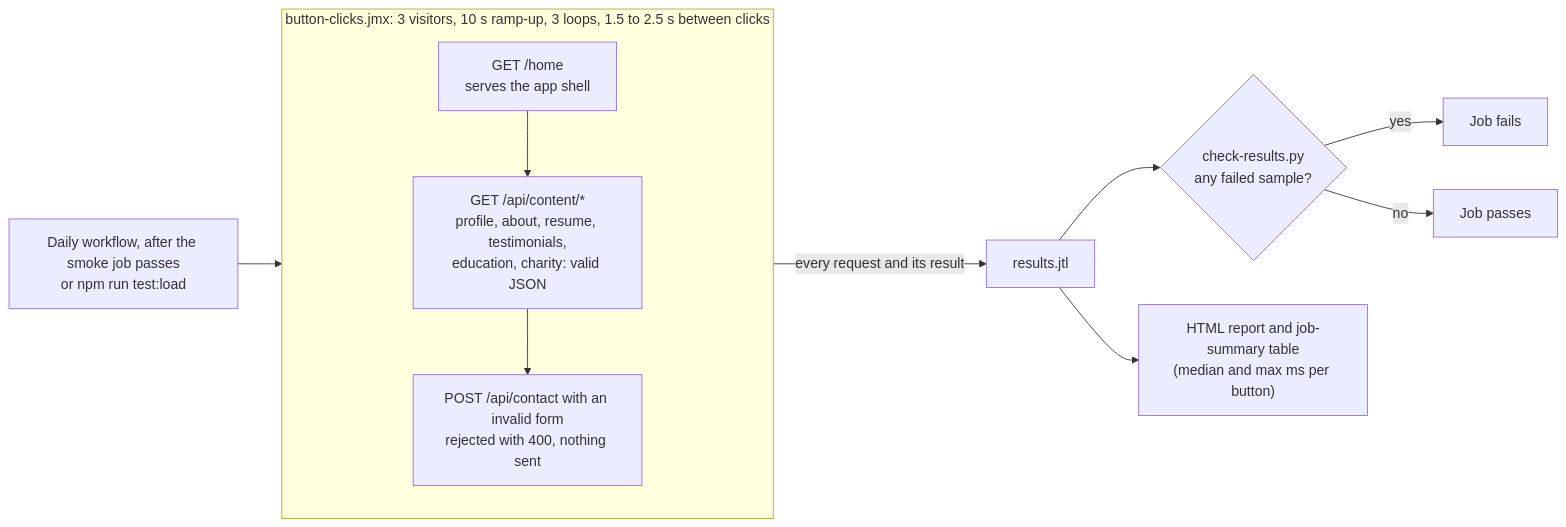
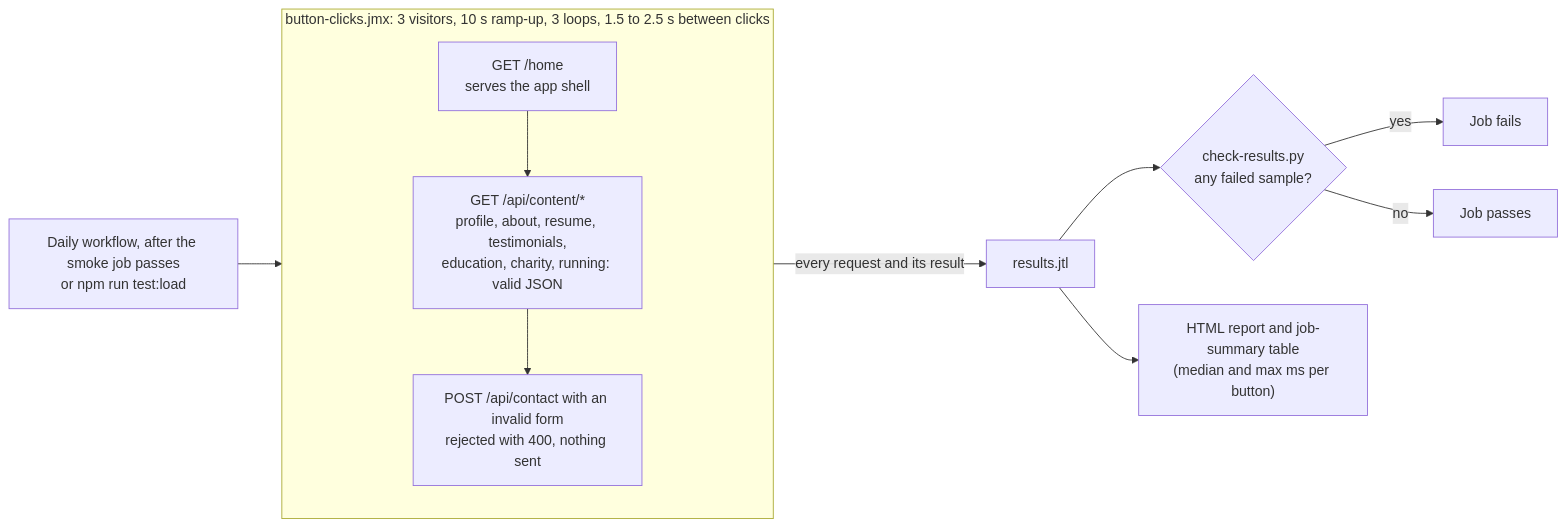
The fourth of 4 diagrams in docs/testing.md (shane24sweeney/aboutshane), drawn with Mermaid before and after one commit. The commit also changed 26 other files, not shown here.

````diff
--- a/docs/testing.md
+++ b/docs/testing.md
@@ -248,16 +248,16 @@
 ```mermaid
 flowchart LR
   start["Daily workflow, after the smoke job passes<br/>or npm run test:load"] --> plan
 
   subgraph plan["button-clicks.jmx: 3 visitors, 10 s ramp-up, 3 loops, 1.5 to 2.5 s between clicks"]
     direction TB
-    home["GET /home<br/>serves the app shell"] --> nav["GET /api/content/*<br/>profile, about, resume, testimonials,<br/>education, charity: valid JSON"]
+    home["GET /home<br/>serves the app shell"] --> nav["GET /api/content/*<br/>profile, about, resume, testimonials,<br/>education, charity, running: valid JSON"]
     nav --> contact["POST /api/contact with an invalid form<br/>rejected with 400, nothing sent"]
   end
 
   plan -- "every request and its result" --> jtl["results.jtl"]
   jtl --> check{"check-results.py<br/>any failed sample?"}
   check -- yes --> fail["Job fails"]
   check -- no --> pass["Job passes"]
   jtl --> report["HTML report and job-summary table<br/>(median and max ms per button)"]
 ```
````
